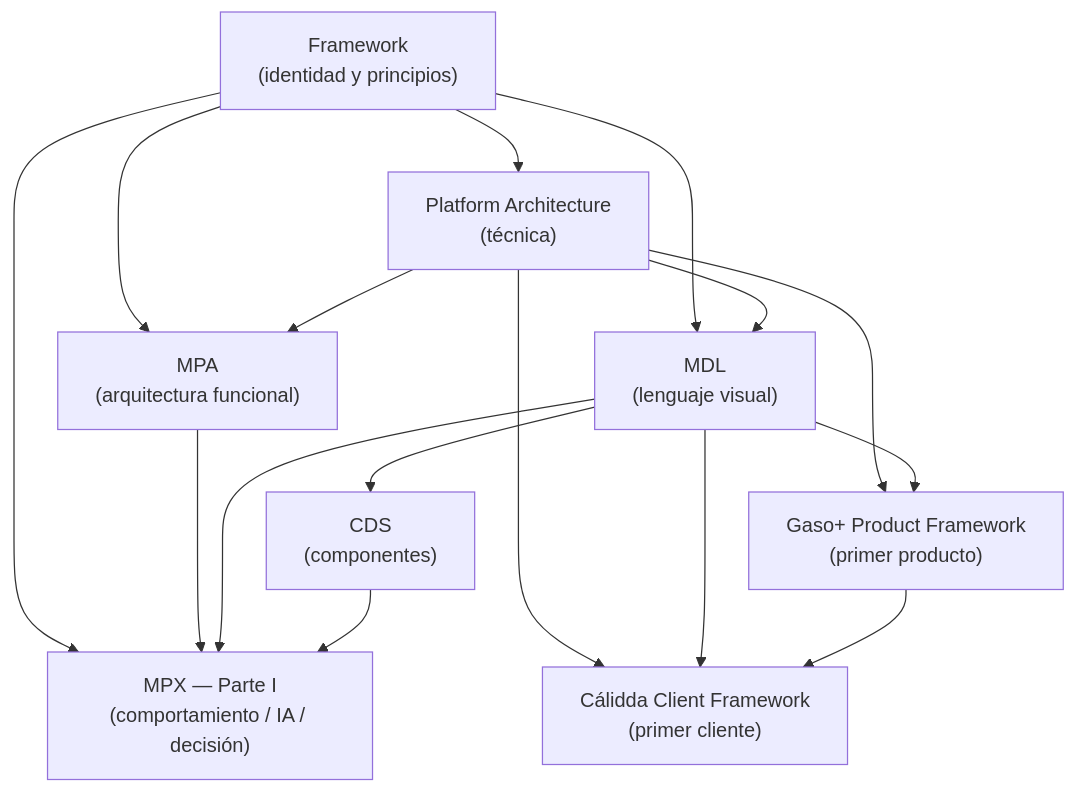
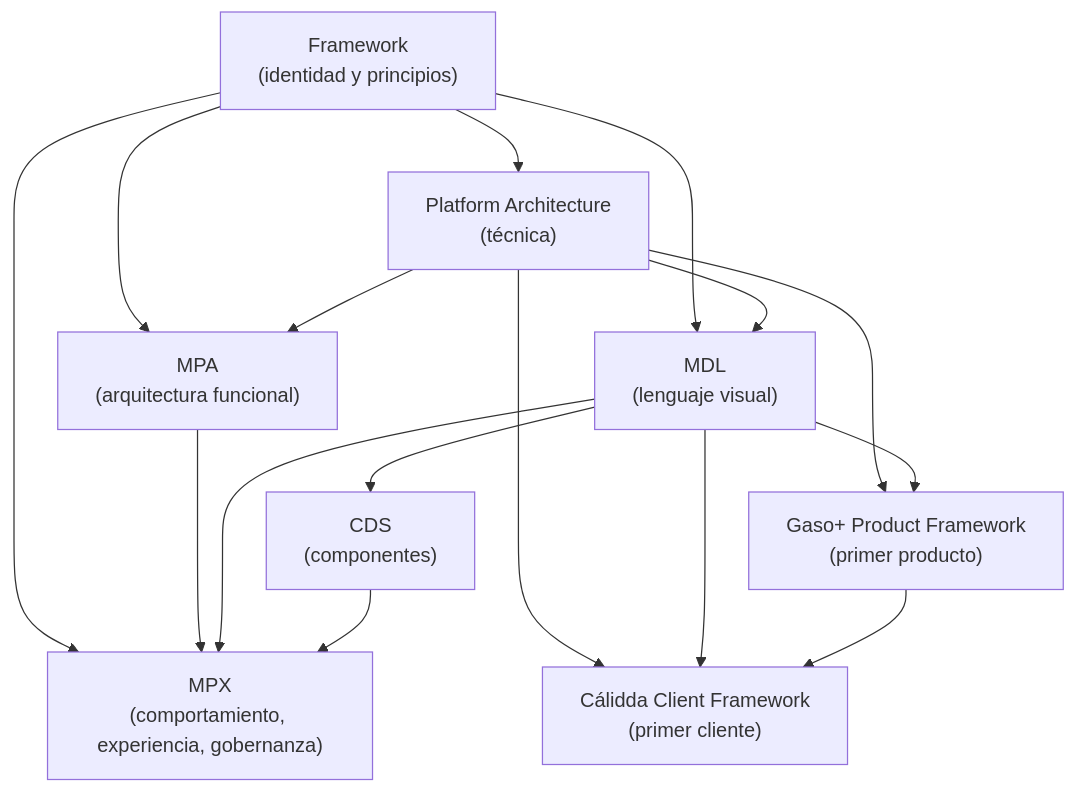
The diagram in DOCUMENTATION_INDEX.md (millonesjesus-afk/whatsapp-agentkit), drawn with Mermaid before and after one commit. The commit also changed other lines of this file and 2 other files, not shown here.

First line of the commit message:
Cerrar MPX v1.0 completo — Parte III Approved (Capítulos 8-11)

````diff
--- a/DOCUMENTATION_INDEX.md
+++ b/DOCUMENTATION_INDEX.md
@@ -131,27 +132,27 @@
 ```mermaid
 flowchart TB
     FW["Framework<br/>(identidad y principios)"]
     PA["Platform Architecture<br/>(técnica)"]
     MPA["MPA<br/>(arquitectura funcional)"]
     MDL["MDL<br/>(lenguaje visual)"]
     CDS["CDS<br/>(componentes)"]
-    MPX["MPX — Parte I<br/>(comportamiento / IA / decisión)"]
+    MPX["MPX<br/>(comportamiento, experiencia, gobernanza)"]
     GPF["Gaso+ Product Framework<br/>(primer producto)"]
     CCF["Cálidda Client Framework<br/>(primer cliente)"]
 
     FW --> PA
     FW --> MPA
     FW --> MDL
     FW --> MPX
     PA --> MPA
     PA --> MDL
     PA --> GPF
     PA --> CCF
     MPA --> MPX
     MDL --> CDS
     MDL --> MPX
     MDL --> GPF
     MDL --> CCF
     CDS --> MPX
     GPF --> CCF
 ```
````
